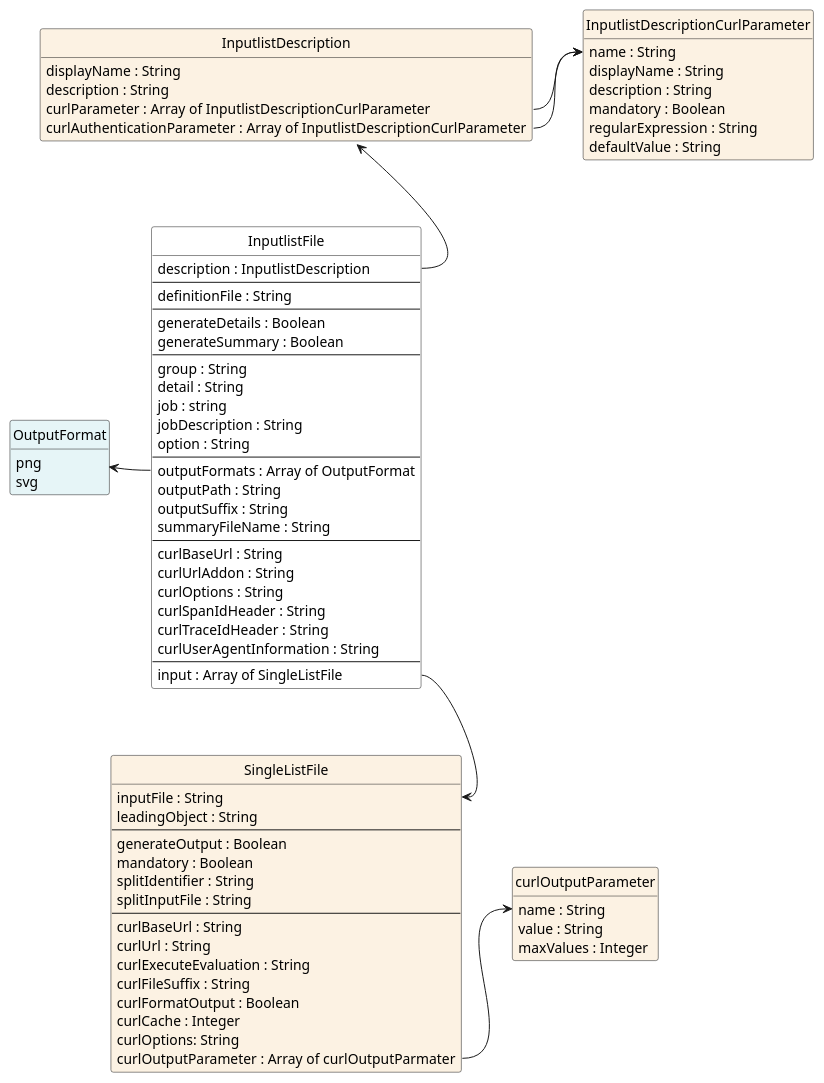
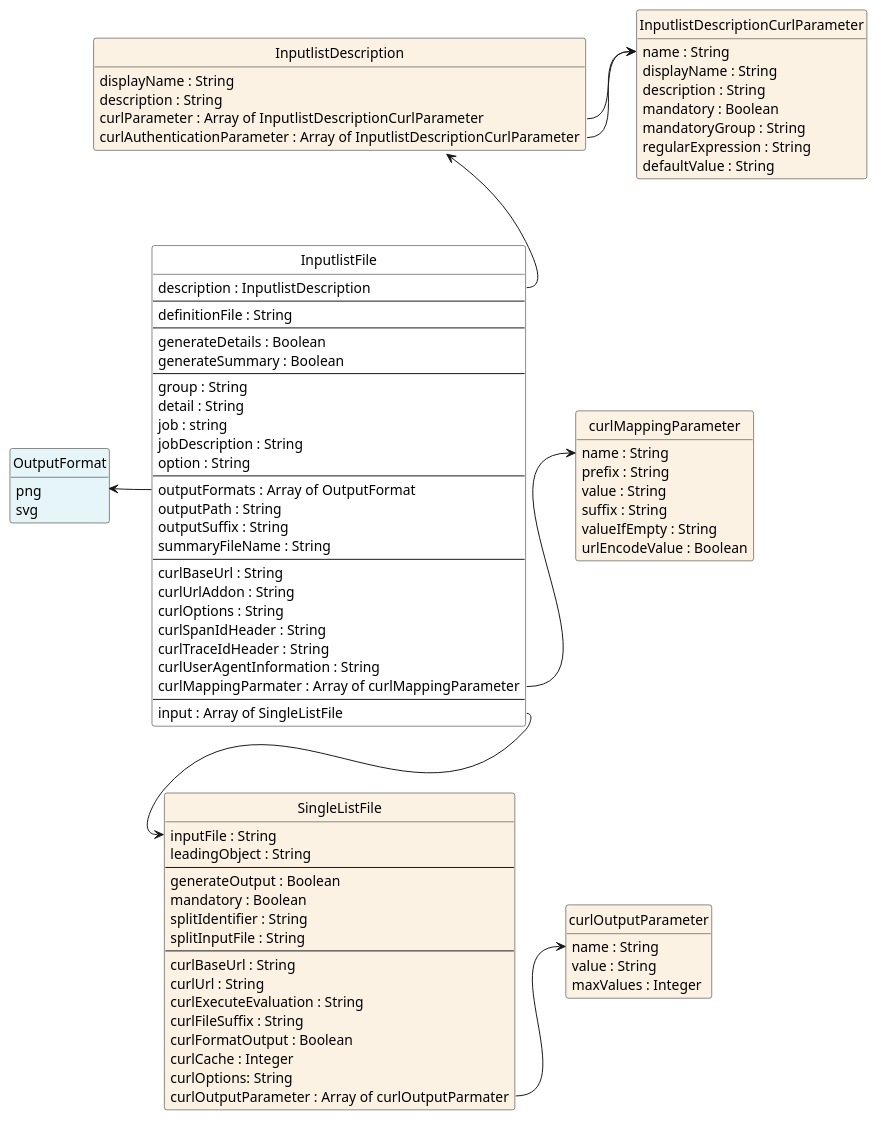
Before and after one commit to jfudickar/json2puml: the diagram in documentation/models/listfile/listfile.puml, drawn with PlantUML. The commit also changed 44 other files, not shown here.

```diff
--- a/documentation/models/listfile/listfile.puml
+++ b/documentation/models/listfile/listfile.puml
@@ -1,96 +1,108 @@
 @startuml
 hide circle
 hide methods
 hide stereotype
 'skinparam linetype polyline
 show <<Enumeration>> stereotype
 skinparam class {
    BackgroundColor<<Enumeration>> #E6F5F7
    BackgroundColor<<Ref>> #FFFFE0
    BackgroundColor<<Pivot>> #FFFFFFF
    BackgroundColor #FCF2E3
 }
 
 class OutputFormat <<Enumeration>> {
     png
     svg
 }
 
 class InputlistDescription {
     displayName : String
     description : String
     curlParameter : Array of InputlistDescriptionCurlParameter
     curlAuthenticationParameter : Array of InputlistDescriptionCurlParameter
 }
 
 class InputlistDescriptionCurlParameter {
     name : String
     displayName : String
     description : String
     mandatory : Boolean
+    mandatoryGroup : String
     regularExpression : String
     defaultValue : String
 }
 
 class InputlistFile  <<Pivot>> {
   description : InputlistDescription
   --
   definitionFile : String
   --
   generateDetails : Boolean 
   generateSummary : Boolean
   --
   group : String
   detail : String
   job : string
   jobDescription : String
   option : String
   --
   outputFormats : Array of OutputFormat 
   outputPath : String
   outputSuffix : String
   summaryFileName : String
   --
   curlBaseUrl : String
   curlUrlAddon : String 
   curlOptions : String
   curlSpanIdHeader : String
   curlTraceIdHeader : String
   curlUserAgentInformation : String
+  curlMappingParmater : Array of curlMappingParameter
   --
   input : Array of SingleListFile
+}
+
+class curlMappingParameter {
+    name : String
+    prefix : String
+    value : String
+    suffix : String
+    valueIfEmpty : String
+    urlEncodeValue : Boolean
 }
 
 class curlOutputParameter {
     name : String
     value : String
     maxValues : Integer
 }
 
 class SingleListFile {
     inputFile : String
     leadingObject : String
     ---
 	generateOutput : Boolean
     mandatory : Boolean
     splitIdentifier : String
     splitInputFile : String
     ---
     curlBaseUrl : String
     curlUrl : String
     curlExecuteEvaluation : String
     curlFileSuffix : String
     curlFormatOutput : Boolean
 	curlCache : Integer
     curlOptions: String
 	curlOutputParameter : Array of curlOutputParmater
 }
 
 InputlistFile::input --> SingleListFile::inputFile
 InputlistFile::outputFormats -left-> OutputFormat
 InputlistFile::description -up-> InputlistDescription
+InputlistFile::curlMappingParameter -right-> curlMappingParameter::name
 InputlistDescription::curlParameter -right-> InputlistDescriptionCurlParameter::name
 InputlistDescription::curlAuthenticationParameter -right-> InputlistDescriptionCurlParameter::name
 SingleListFile::curlOutputParameter -right-> curlOutputParameter::name
 
 @enduml
```
